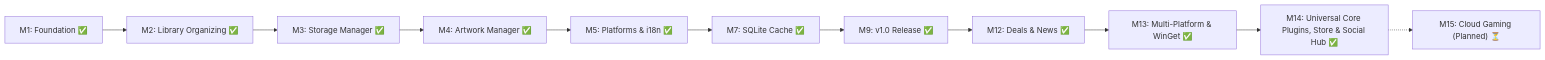
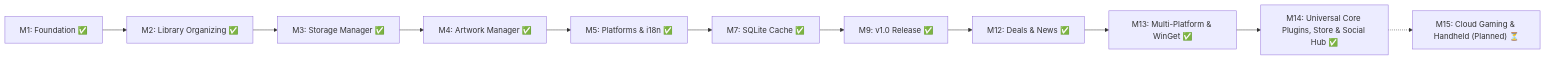
The third of 3 diagrams in ROADMAP.md (HELIX-Origin/agents), drawn with Mermaid before and after one commit. The commit also changed other lines of this file and 81 other files, not shown here.

````diff
--- a/ROADMAP.md
+++ b/ROADMAP.md
@@ -132,13 +147,13 @@
 ```mermaid
 flowchart LR
     M1["M1: Foundation ✅"] --> M2["M2: Library Organizing ✅"]
     M2 --> M3["M3: Storage Manager ✅"]
     M3 --> M4["M4: Artwork Manager ✅"]
     M4 --> M5["M5: Platforms & i18n ✅"]
     M5 --> M7["M7: SQLite Cache ✅"]
     M7 --> M9["M9: v1.0 Release ✅"]
     M9 --> M12["M12: Deals & News ✅"]
     M12 --> M13["M13: Multi-Platform & WinGet ✅"]
     M13 --> M14["M14: Universal Core Plugins, Store & Social Hub ✅"]
-    M14 -.-> M15["M15: Cloud Gaming (Planned) ⏳"]
+    M14 -.-> M15["M15: Cloud Gaming & Handheld (Planned) ⏳"]
 ```
````
